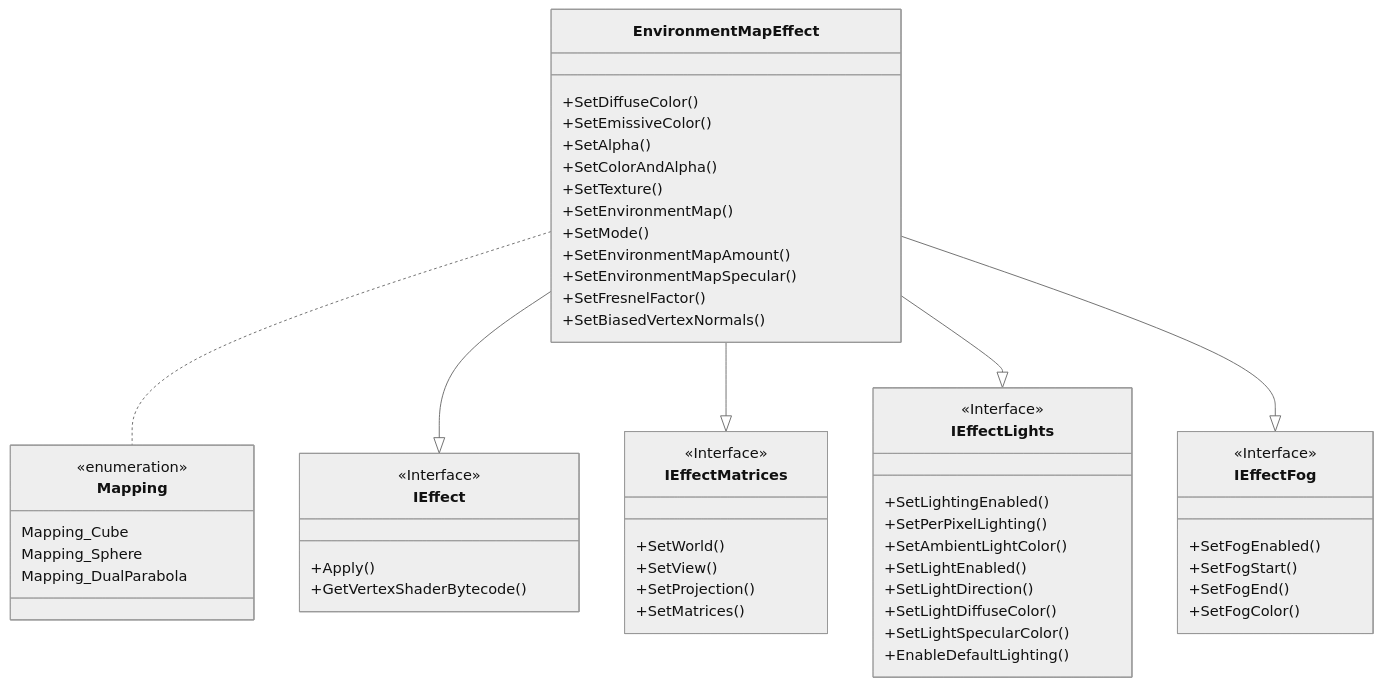
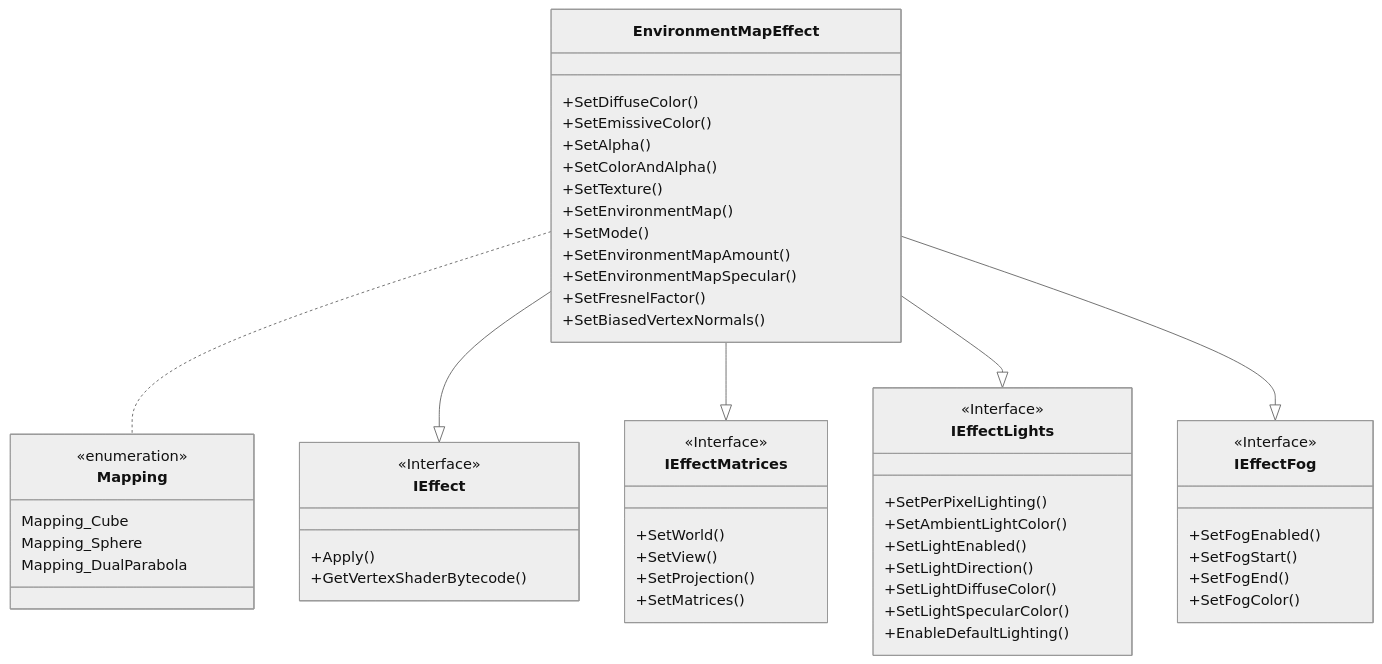
One commit to neogrammer/Wiki changed the diagram in EnvironmentMapEffect.md. Above: the diagram before and after it, drawn with Mermaid (neutral theme). The commit also changed other lines of this file, not shown here.

````diff
--- a/EnvironmentMapEffect.md
+++ b/EnvironmentMapEffect.md
@@ -10,57 +10,56 @@
 ```mermaid
 classDiagram
 class Mapping{
     <<enumeration>>
     Mapping_Cube
     Mapping_Sphere
     Mapping_DualParabola
 }
 class IEffect{
     <<Interface>>
     +Apply()
     +GetVertexShaderBytecode()
 }
 class IEffectMatrices{
     <<Interface>>
     +SetWorld()
     +SetView()
     +SetProjection()
     +SetMatrices()
 }
 class IEffectLights{
     <<Interface>>
-    +SetLightingEnabled()
     +SetPerPixelLighting()
     +SetAmbientLightColor()
     +SetLightEnabled()
     +SetLightDirection()
     +SetLightDiffuseColor()
     +SetLightSpecularColor()
     +EnableDefaultLighting()
 }
 class IEffectFog{
     <<Interface>>
     +SetFogEnabled()
     +SetFogStart()
     +SetFogEnd()
     +SetFogColor()
 }
 class EnvironmentMapEffect{
     +SetDiffuseColor()
     +SetEmissiveColor()
     +SetAlpha()
     +SetColorAndAlpha()
     +SetTexture()
     +SetEnvironmentMap()
     +SetMode()
     +SetEnvironmentMapAmount()
     +SetEnvironmentMapSpecular()
     +SetFresnelFactor()
     +SetBiasedVertexNormals()
 }
 EnvironmentMapEffect .. Mapping
 EnvironmentMapEffect --|> IEffect
 EnvironmentMapEffect --|> IEffectMatrices
 EnvironmentMapEffect --|> IEffectLights
 EnvironmentMapEffect --|> IEffectFog
 ```
````
